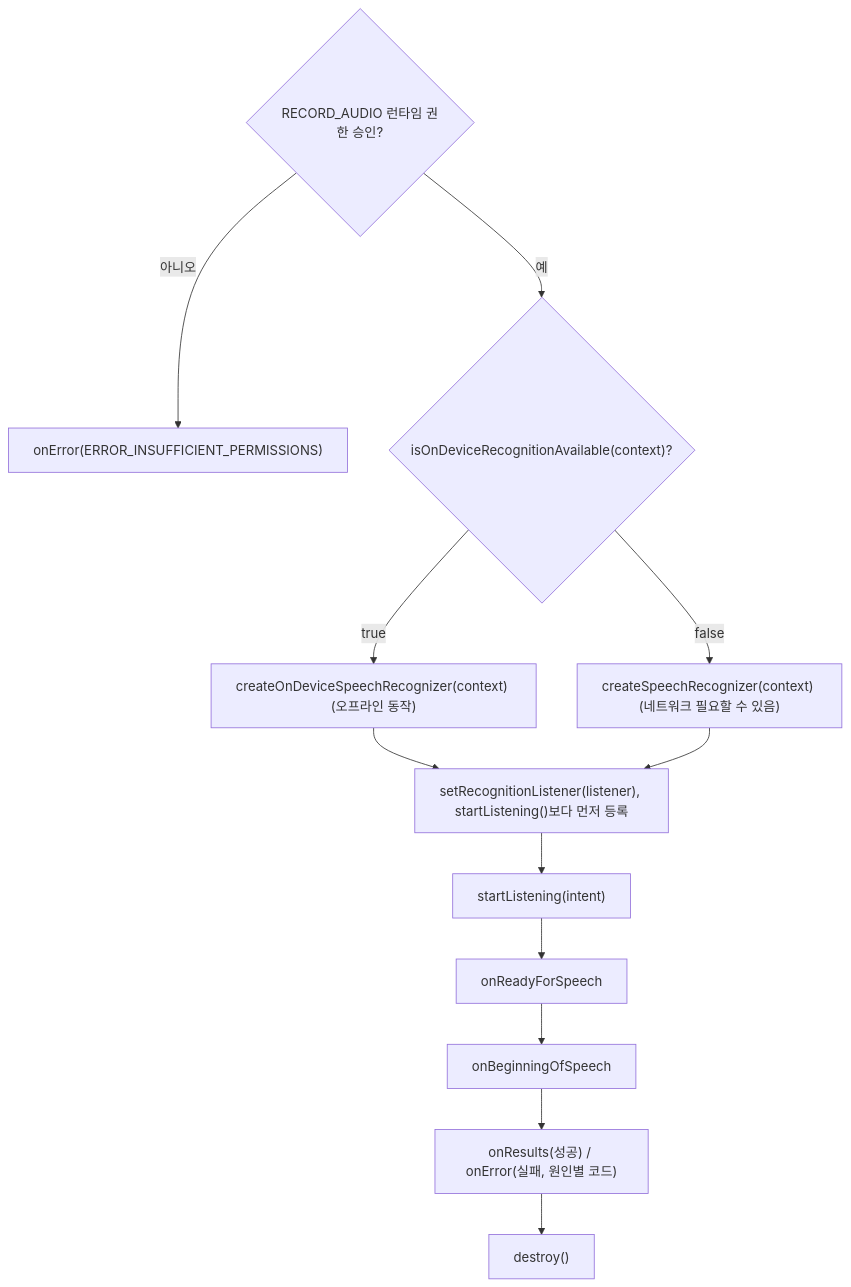
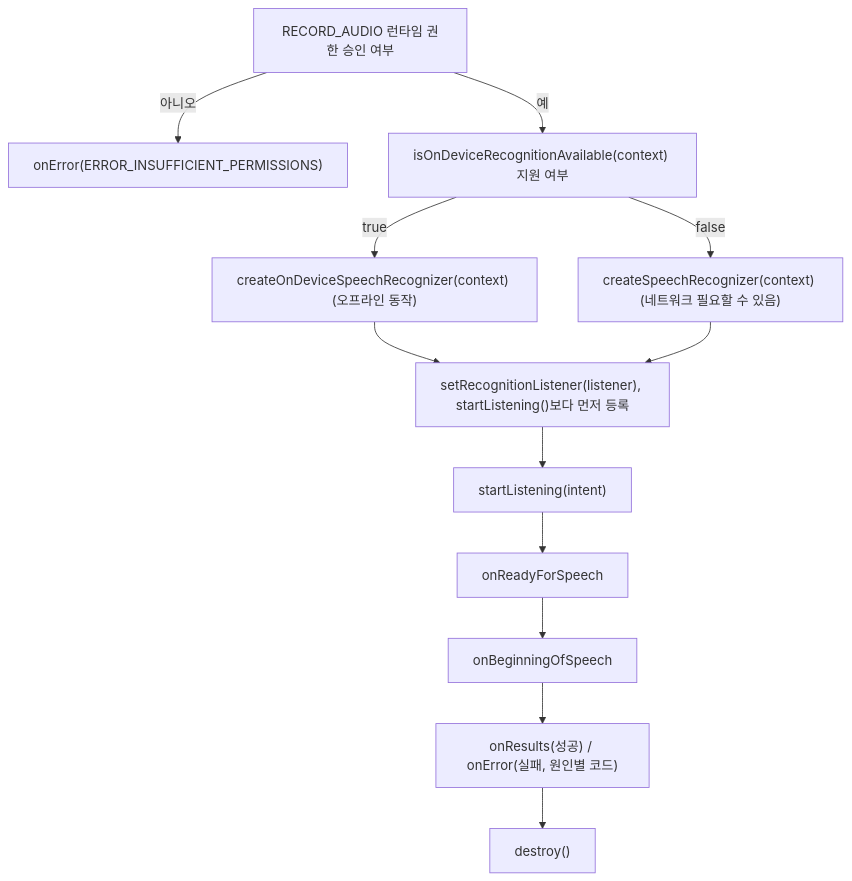
Before and after one commit to youngmin-gwon/what-i-studied: the diagram in 01_inbox/mobile/android/04_system_services/device-capabilities/speech-contracts/speechrecognizer-is-a-callback-based-contract-gated-by-record-audio-permission.md, drawn with Mermaid. The commit also changed other lines of this file and 247 other files, not shown here.

````diff
--- a/01_inbox/mobile/android/04_system_services/device-capabilities/speech-contracts/speechrecognizer-is-a-callback-based-contract-gated-by-record-audio-permission.md
+++ b/01_inbox/mobile/android/04_system_services/device-capabilities/speech-contracts/speechrecognizer-is-a-callback-based-contract-gated-by-record-audio-permission.md
@@ -78,15 +78,15 @@
 ```mermaid
 flowchart TD
-    A{"RECORD_AUDIO 런타임 권한 승인?"}
+    A["RECORD_AUDIO 런타임 권한 승인 여부"]
     A -->|"아니오"| A1["onError(ERROR_INSUFFICIENT_PERMISSIONS)"]
-    A -->|"예"| B{"isOnDeviceRecognitionAvailable(context)?"}
+    A -->|"예"| B["isOnDeviceRecognitionAvailable(context) 지원 여부"]
     B -->|"true"| C["createOnDeviceSpeechRecognizer(context) (오프라인 동작)"]
     B -->|"false"| D["createSpeechRecognizer(context) (네트워크 필요할 수 있음)"]
     C --> E["setRecognitionListener(listener), startListening()보다 먼저 등록"]
     D --> E
     E --> F["startListening(intent)"]
     F --> G["onReadyForSpeech"]
     G --> H["onBeginningOfSpeech"]
     H --> I["onResults(성공) / onError(실패, 원인별 코드)"]
     I --> J["destroy()"]
 ```
````
